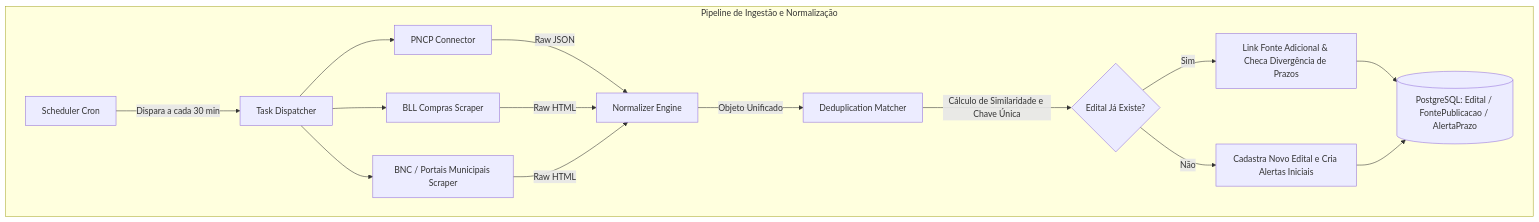
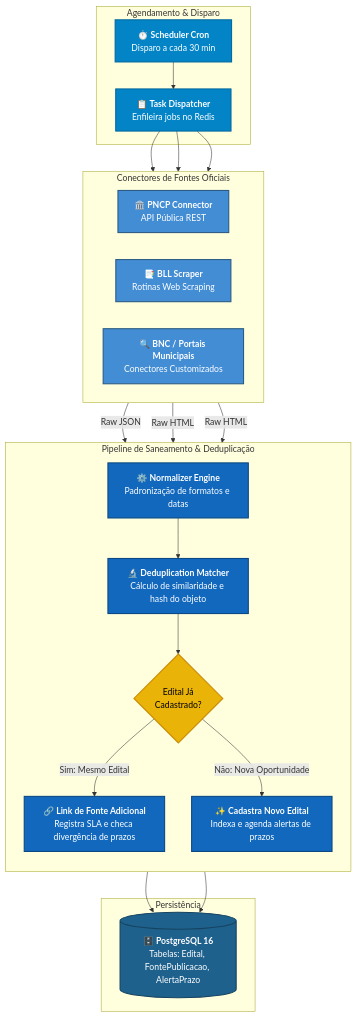
The third of 7 diagrams in ARQUITETURA_DE_SOFTWARE_DAS.md (pedrocarvalhod3v/PROTOCOLO), drawn with Mermaid before and after one commit. The commit also changed other lines of this file and 1 other file, not shown here.

Commit message:
docs(das): aprimora diagramas C4 e adiciona animacao spin-slow no prototipo

````diff
--- a/ARQUITETURA_DE_SOFTWARE_DAS.md
+++ b/ARQUITETURA_DE_SOFTWARE_DAS.md
@@ -102,22 +135,49 @@
 ```mermaid
-graph TD
-    subgraph Pipeline de Ingestão e Normalização
-        A[Scheduler Cron] -->|Dispara a cada 30 min| B[Task Dispatcher]
-        B --> C[PNCP Connector]
-        B --> D[BLL Compras Scraper]
-        B --> E[BNC / Portais Municipais Scraper]
+flowchart TD
+    classDef trigger fill:#0284c7,stroke:#0369a1,stroke-width:2px,color:#ffffff;
+    classDef collector fill:#438dd5,stroke:#2b5b84,stroke-width:2px,color:#ffffff;
+    classDef engine fill:#1168bd,stroke:#0b4884,stroke-width:2px,color:#ffffff;
+    classDef storage fill:#1f618d,stroke:#154360,stroke-width:2px,color:#ffffff;
+    classDef decision fill:#eab308,stroke:#ca8a04,stroke-width:2px,color:#000000;
 
-        C -->|Raw JSON| F[Normalizer Engine]
-        D -->|Raw HTML| F
-        E -->|Raw HTML| F
+    subgraph SCHEDULER_TIER [" Agendamento & Disparo "]
+        A["⏱️ <b>Scheduler Cron</b><br/>Disparo a cada 30 min"]:::trigger --> B["📋 <b>Task Dispatcher</b><br/>Enfileira jobs no Redis"]:::trigger
+    end
 
-        F -->|Objeto Unificado| G[Deduplication Matcher]
-        G -->|Cálculo de Similaridade e Chave Única| H{Edital Já Existe?}
-        
-        H -->|Sim| I[Link Fonte Adicional & Checa Divergência de Prazos]
-        H -->|Não| J[Cadastra Novo Edital e Cria Alertas Iniciais]
+    subgraph COLLECTORS_TIER [" Conectores de Fontes Oficiais "]
+        direction LR
+        C["🏛️ <b>PNCP Connector</b><br/>API Pública REST"]:::collector
+        D["📑 <b>BLL Scraper</b><br/>Rotinas Web Scraping"]:::collector
+        E["🔍 <b>BNC / Portais Municipais</b><br/>Conectores Customizados"]:::collector
+    end
 
-        I --> K[(PostgreSQL: Edital / FontePublicacao / AlertaPrazo)]
-        J --> K
+    subgraph PROCESSING_TIER [" Pipeline de Saneamento & Deduplicação "]
+        direction TB
+        F["⚙️ <b>Normalizer Engine</b><br/>Padronização de formatos e datas"]:::engine
+        G["🔬 <b>Deduplication Matcher</b><br/>Cálculo de similaridade e hash do objeto"]:::engine
+        H{"Edital Já<br/>Cadastrado?"}:::decision
+        I["🔗 <b>Link de Fonte Adicional</b><br/>Registra SLA e checa divergência de prazos"]:::engine
+        J["✨ <b>Cadastra Novo Edital</b><br/>Indexa e agenda alertas de prazos"]:::engine
     end
+
+    subgraph STORAGE_TIER [" Persistência "]
+        K[("🗄️ <b>PostgreSQL 16</b><br/>Tabelas: Edital, FontePublicacao, AlertaPrazo")]:::storage
+    end
+
+    B --> C
+    B --> D
+    B --> E
+
+    C -->|Raw JSON| F
+    D -->|Raw HTML| F
+    E -->|Raw HTML| F
+
+    F --> G
+    G --> H
+
+    H -->|Sim: Mesmo Edital| I
+    H -->|Não: Nova Oportunidade| J
+
+    I --> K
+    J --> K
 ```
````
